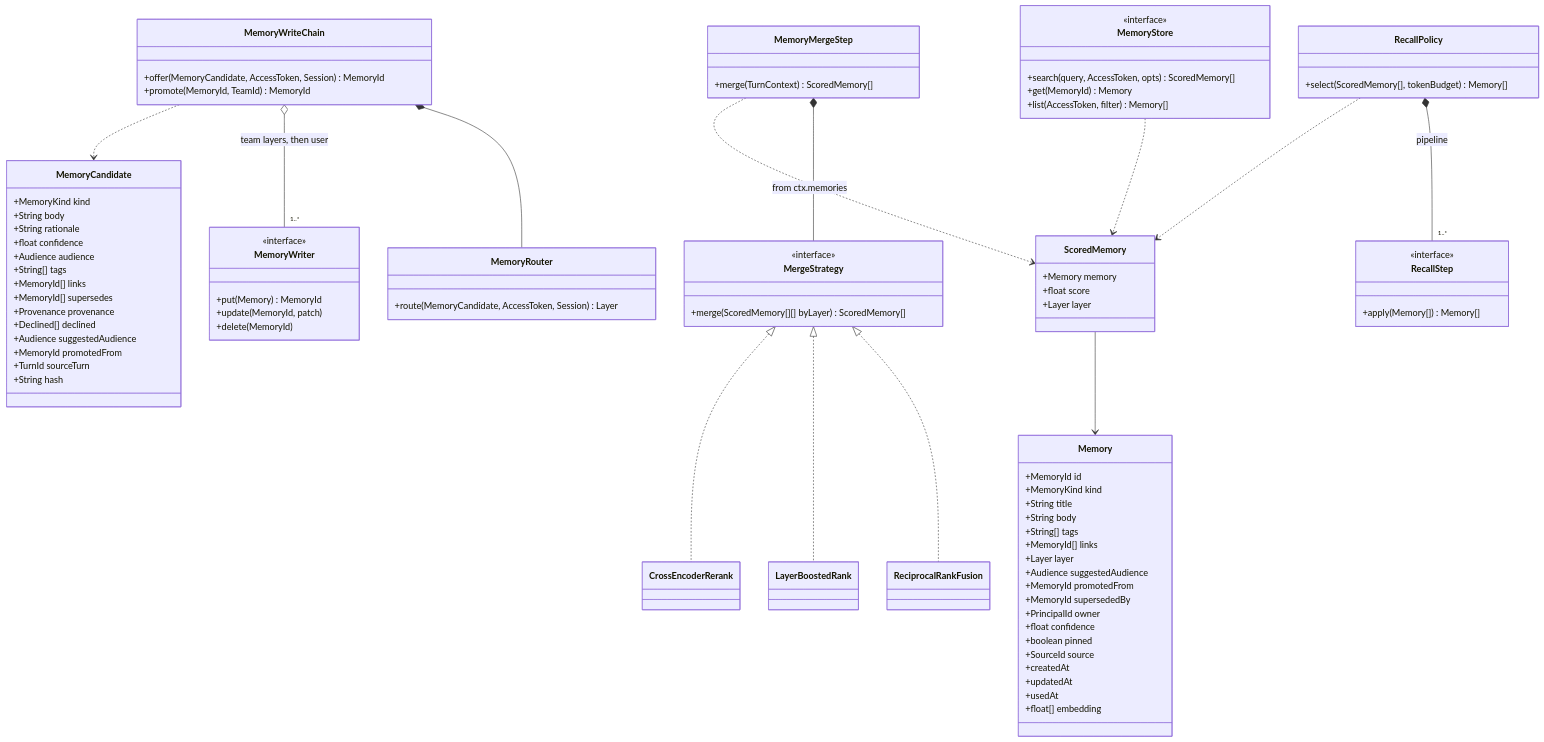
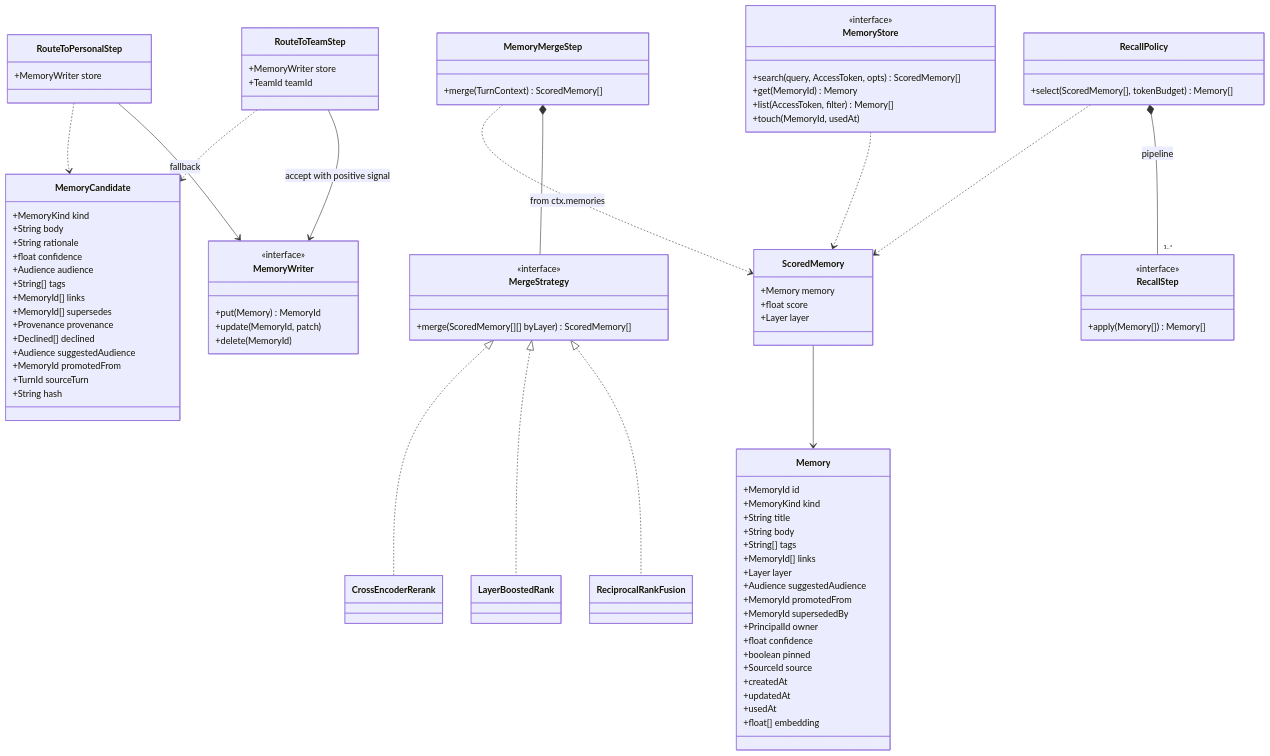
Before and after one commit to jstormes/QuickAI2: the fourth of 7 diagrams in design/06-object-model.md, drawn with Mermaid. The commit also changed other lines of this file and 14 other files, not shown here.

```diff
--- a/design/06-object-model.md
+++ b/design/06-object-model.md
@@ -537,14 +564,12 @@
         +TurnId sourceTurn
         +String hash
     }
-    class MemoryRouter {
-        +route(MemoryCandidate, AccessToken, Session) Layer
-    }
     class MemoryStore {
         <<interface>>
         +search(query, AccessToken, opts) ScoredMemory[]
         +get(MemoryId) Memory
         +list(AccessToken, filter) Memory[]
+        +touch(MemoryId, usedAt)
     }
     class MemoryWriter {
         <<interface>>
@@ -562,9 +587,12 @@
     class ReciprocalRankFusion
     class LayerBoostedRank
     class CrossEncoderRerank
-    class MemoryWriteChain {
-        +offer(MemoryCandidate, AccessToken, Session) MemoryId
-        +promote(MemoryId, TeamId) MemoryId
+    class RouteToTeamStep {
+        +MemoryWriter store
+        +TeamId teamId
+    }
+    class RouteToPersonalStep {
+        +MemoryWriter store
     }
     class RecallPolicy {
         +select(ScoredMemory[], tokenBudget) Memory[]
@@ -579,9 +607,10 @@
     MergeStrategy <|.. ReciprocalRankFusion
     MergeStrategy <|.. LayerBoostedRank
     MergeStrategy <|.. CrossEncoderRerank
-    MemoryWriteChain *-- MemoryRouter
-    MemoryWriteChain o-- "1..*" MemoryWriter : team layers, then user
-    MemoryWriteChain ..> MemoryCandidate
+    RouteToTeamStep --> MemoryWriter : accept with positive signal
+    RouteToPersonalStep --> MemoryWriter : fallback
+    RouteToTeamStep ..> MemoryCandidate
+    RouteToPersonalStep ..> MemoryCandidate
     MemoryStore ..> ScoredMemory
     ScoredMemory --> Memory
     RecallPolicy *-- "1..*" RecallStep : pipeline
```
